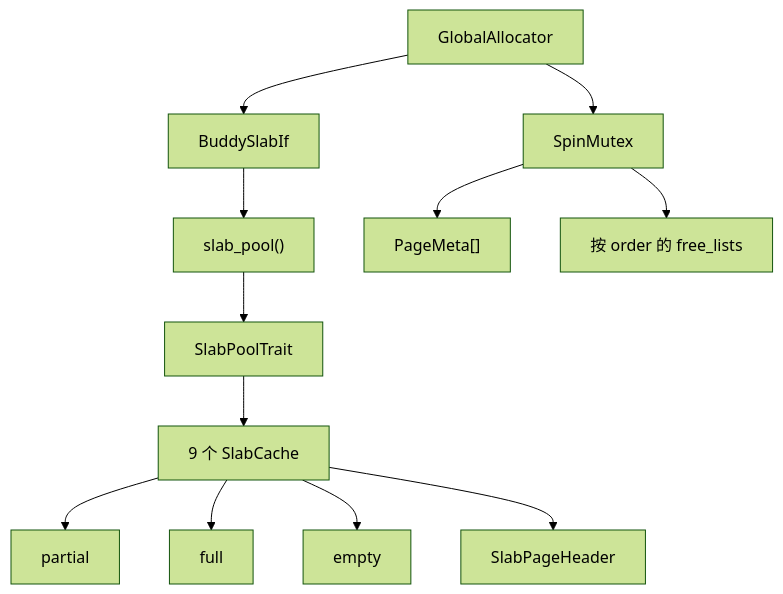
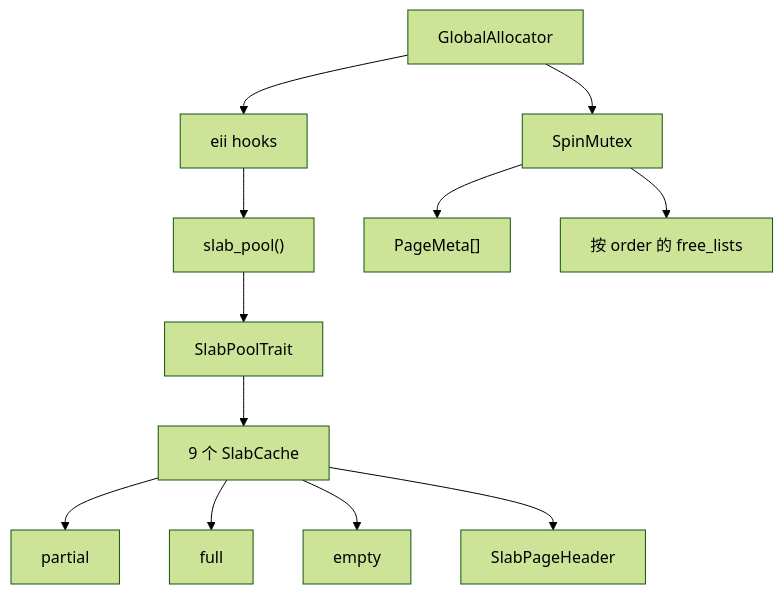
One commit to Dirinkbottle/tgoskits changed the first of 3 diagrams in memory/buddy-slab-allocator/README_CN.md. Above: the diagram before and after it, drawn with Mermaid (forest theme). The commit also changed other lines of this file and 3840 other files, not shown here.

````diff
--- a/memory/buddy-slab-allocator/README_CN.md
+++ b/memory/buddy-slab-allocator/README_CN.md
@@ -20,16 +20,16 @@
 ```mermaid
 flowchart TD
     GA["GlobalAllocator"] --> B["SpinMutex<BuddyAllocator>"]
-    GA --> EI["BuddySlabIf"]
+    GA --> EI["eii hooks"]
     EI --> SP["slab_pool()"]
 
     B --> PM["PageMeta[]"]
     B --> FL["按 order 的 free_lists"]
 
     SP --> SA["SlabPoolTrait"]
     SA --> SC["9 个 SlabCache"]
     SC --> P["partial"]
     SC --> F["full"]
     SC --> E["empty"]
     SC --> H["SlabPageHeader"]
 ```
````
